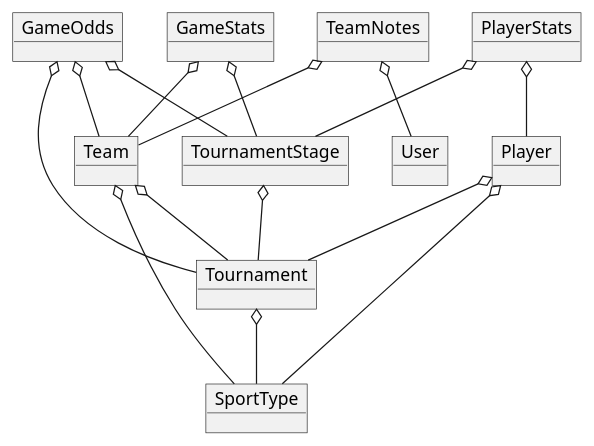
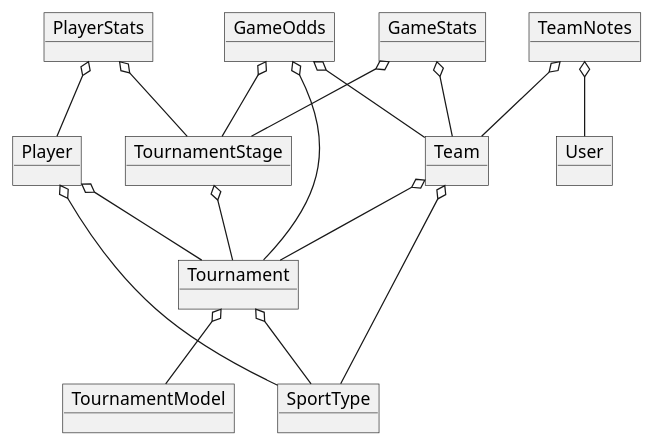
One commit to yaroslav-dudar/fox.cub changed the diagram in docs/objects.wsd. Above: the diagram before and after it, drawn with PlantUML. The commit also changed 12 other files, not shown here.

```diff
--- a/docs/objects.wsd
+++ b/docs/objects.wsd
@@ -1,41 +1,44 @@
 @startuml "Object diagram"
 
 object GameStats
 object Team
 object TeamNotes
 
 object Tournament
 object TournamentStage
 
 object Player
 object PlayerStats
 
 object SportType
 
 object User
 
 object GameOdds
 
+object TournamentModel
+
 GameStats o-- Team
 GameStats o-- TournamentStage
 
 Team o-- SportType
 Team o-- Tournament
 
 Tournament o-- SportType
+Tournament o-- TournamentModel
 
 TournamentStage o-- Tournament
 
 PlayerStats o-- Player
 PlayerStats o-- TournamentStage
 
 Player o-- SportType
 Player o-- Tournament
 
 GameOdds o-- Tournament
 GameOdds o-- TournamentStage
 GameOdds o-- Team
 
 TeamNotes o-- Team
 TeamNotes o-- User
 @enduml
```
